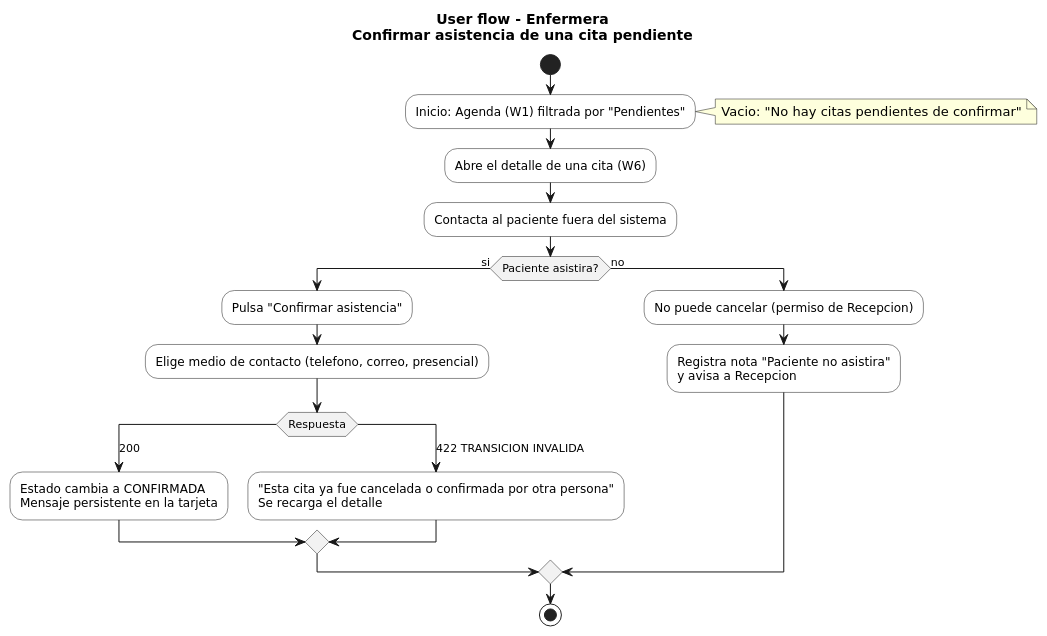
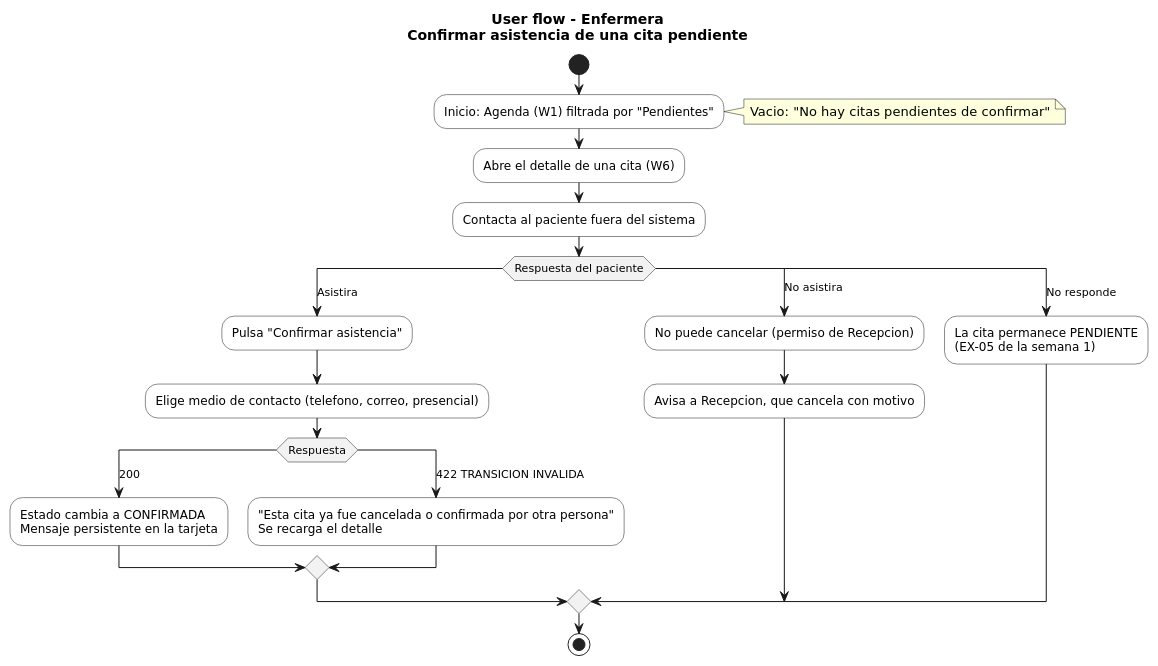
The diagram in docs/semana-08-ux/user-flow-enfermera.puml (EddCastro/micro-his-citas-medicas-agenda), drawn with PlantUML before and after one commit. The commit also changed 4 other files, not shown here.

First line of the commit message:
docs(week-08): align flows with week 1 outcomes and add defense guide

```diff
--- a/docs/semana-08-ux/user-flow-enfermera.puml
+++ b/docs/semana-08-ux/user-flow-enfermera.puml
@@ -1,28 +1,31 @@
 @startuml
 title User flow - Enfermera\nConfirmar asistencia de una cita pendiente
 
 skinparam shadowing false
 skinparam defaultFontName DejaVu Sans
 skinparam ActivityBackgroundColor #FFFFFF
 skinparam ActivityDiamondBackgroundColor #F2F2F2
 
 start
 :Inicio: Agenda (W1) filtrada por "Pendientes";
 note right: Vacio: "No hay citas pendientes de confirmar"
 :Abre el detalle de una cita (W6);
 :Contacta al paciente fuera del sistema;
-if (Paciente asistira?) then (si)
+switch (Respuesta del paciente)
+case (Asistira)
   :Pulsa "Confirmar asistencia";
   :Elige medio de contacto (telefono, correo, presencial);
   switch (Respuesta)
   case (200)
     :Estado cambia a CONFIRMADA\nMensaje persistente en la tarjeta;
   case (422 TRANSICION INVALIDA)
     :"Esta cita ya fue cancelada o confirmada por otra persona"\nSe recarga el detalle;
   endswitch
-else (no)
+case (No asistira)
   :No puede cancelar (permiso de Recepcion);
-  :Registra nota "Paciente no asistira"\ny avisa a Recepcion;
-endif
+  :Avisa a Recepcion, que cancela con motivo;
+case (No responde)
+  :La cita permanece PENDIENTE\n(EX-05 de la semana 1);
+endswitch
 stop
 @enduml
```
